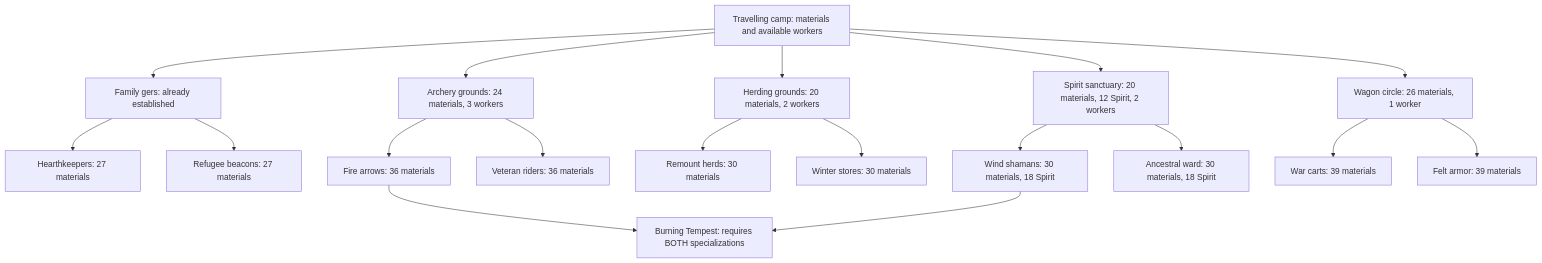
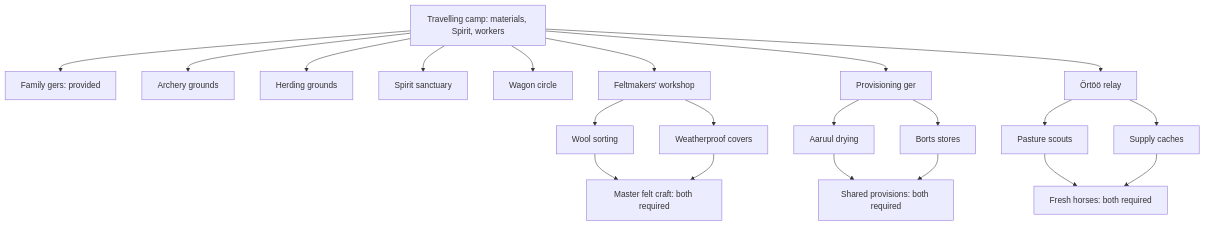
The second of 2 diagrams in docs/game-mechanics.md (llee05/hordes-of-the-fallen-sky), drawn with Mermaid before and after one commit. The commit also changed other lines of this file and 18 other files, not shown here.

Commit message:
feat: expand the camp with Mongolian craft and travel traditions

````diff
--- a/docs/game-mechanics.md
+++ b/docs/game-mechanics.md
@@ -114,21 +128,23 @@
 ```mermaid
 flowchart TD
-    Camp[Travelling camp: materials and available workers]
-    Camp --> Ger[Family gers: already established]
-    Ger --> Hearth[Hearthkeepers: 27 materials]
-    Ger --> Beacon[Refugee beacons: 27 materials]
-    Camp --> Archery[Archery grounds: 24 materials, 3 workers]
-    Archery --> Fire[Fire arrows: 36 materials]
-    Archery --> Veterans[Veteran riders: 36 materials]
-    Camp --> Herd[Herding grounds: 20 materials, 2 workers]
-    Herd --> Remount[Remount herds: 30 materials]
-    Herd --> Winter[Winter stores: 30 materials]
-    Camp --> Sanctuary[Spirit sanctuary: 20 materials, 12 Spirit, 2 workers]
-    Sanctuary --> Wind[Wind shamans: 30 materials, 18 Spirit]
-    Sanctuary --> Ward[Ancestral ward: 30 materials, 18 Spirit]
-    Camp --> Wagon[Wagon circle: 26 materials, 1 worker]
-    Wagon --> War[War carts: 39 materials]
-    Wagon --> Felt[Felt armor: 39 materials]
-    Fire --> Tempest[Burning Tempest: requires BOTH specializations]
-    Wind --> Tempest
+    Camp[Travelling camp: materials, Spirit, workers] --> Ger[Family gers: provided]
+    Camp --> Bow[Archery grounds]
+    Camp --> Herd[Herding grounds]
+    Camp --> Spirit[Spirit sanctuary]
+    Camp --> Wagon[Wagon circle]
+    Camp --> Felt[Feltmakers' workshop]
+    Camp --> Food[Provisioning ger]
+    Camp --> Relay[Örtöö relay]
+    Felt --> Wool[Wool sorting]
+    Felt --> Covers[Weatherproof covers]
+    Wool --> Master[Master felt craft: both required]
+    Covers --> Master
+    Food --> Aaruul[Aaruul drying]
+    Food --> Borts[Borts stores]
+    Aaruul --> Shared[Shared provisions: both required]
+    Borts --> Shared
+    Relay --> Scouts[Pasture scouts]
+    Relay --> Caches[Supply caches]
+    Scouts --> Horses[Fresh horses: both required]
+    Caches --> Horses
 ```
````
